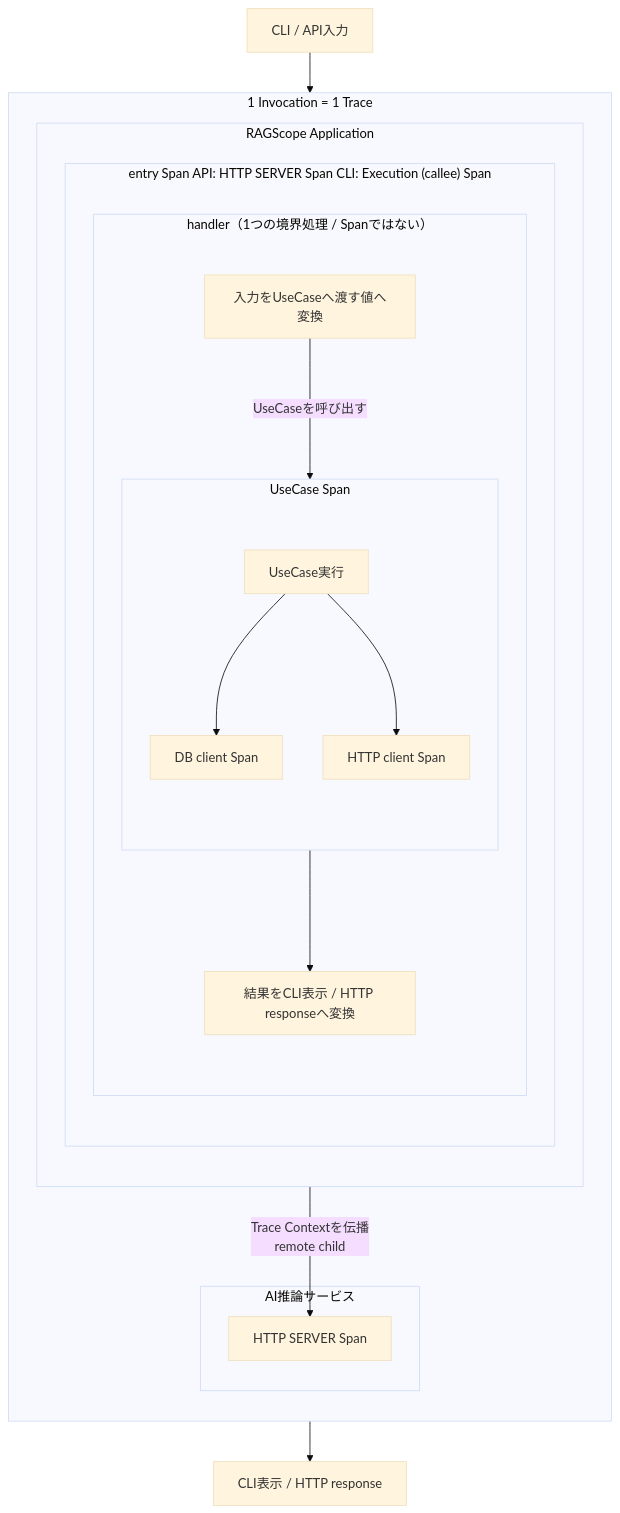
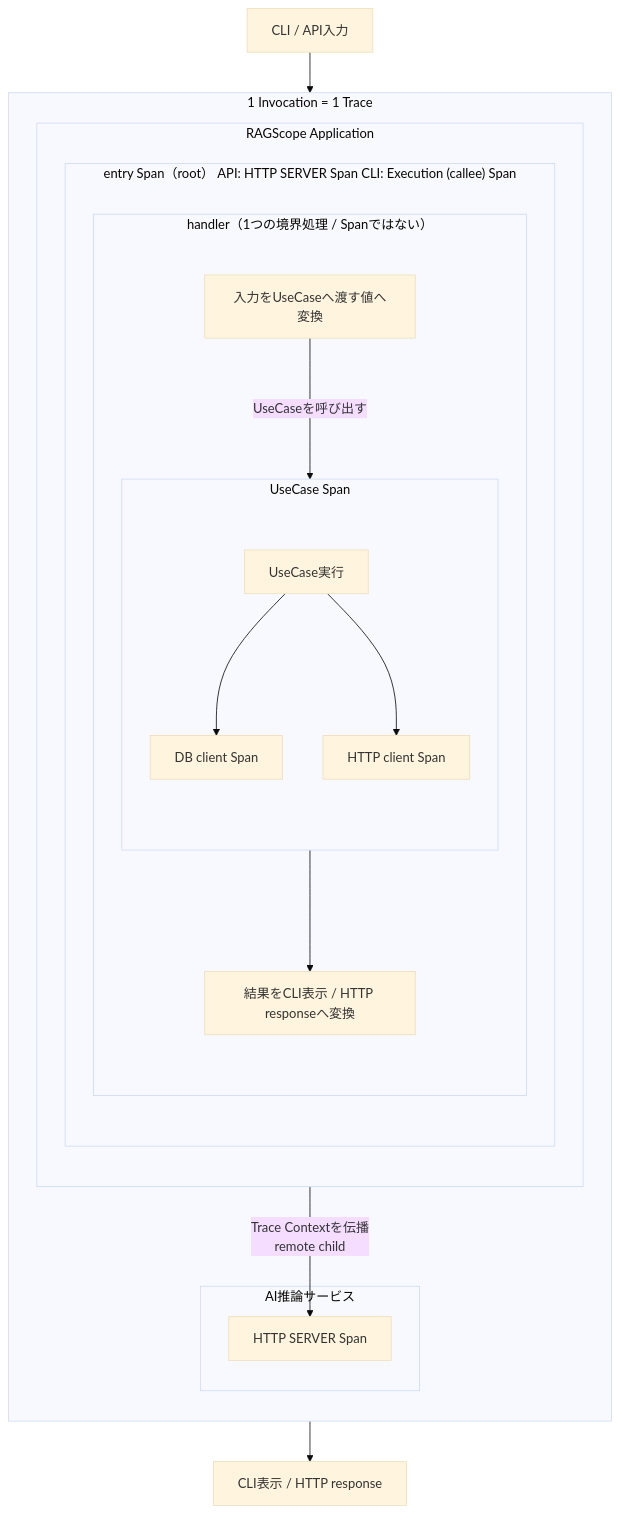
The diagram in Notes/RAGScope/RAGScopeアプリケーション/RS-0023 Trace設計メモ.md (takashit16833/Workbench), drawn with Mermaid (base theme) before and after one commit. The commit also changed other lines of this file, not shown here.

Commit message:
notes: define trace root at invocation boundary

````diff
--- a/Notes/RAGScope/RAGScopeアプリケーション/RS-0023 Trace設計メモ.md
+++ b/Notes/RAGScope/RAGScopeアプリケーション/RS-0023 Trace設計メモ.md
@@ -75,40 +79,40 @@
 ```mermaid
 flowchart TB
     INPUT["CLI / API入力"]
 
     subgraph TRACE["1 Invocation = 1 Trace"]
         direction TB
 
         subgraph APP["RAGScope Application"]
             direction TB
 
-            subgraph ENTRY["entry Span API: HTTP SERVER Span CLI: Execution (callee) Span"]
+            subgraph ENTRY["entry Span（root） API: HTTP SERVER Span CLI: Execution (callee) Span"]
                 direction TB
 
                 subgraph HANDLER["handler（1つの境界処理 / Spanではない）"]
                     direction TB
                     HIN["入力をUseCaseへ渡す値へ変換"]
 
                     subgraph UCSPAN["UseCase Span"]
                         direction TB
                         UC["UseCase実行"]
                         UC --> DB["DB client Span"]
                         UC --> AI_REQ["HTTP client Span"]
                     end
 
                     HIN -->|"UseCaseを呼び出す"| UC
                     UC --> HOUT["結果をCLI表示 / HTTP responseへ変換"]
                 end
             end
         end
 
         subgraph AISVC["AI推論サービス"]
             AI_SERVER["HTTP SERVER Span"]
         end
 
         AI_REQ -->|"Trace Contextを伝播<br>remote child"| AI_SERVER
     end
 
     INPUT --> HIN
     HOUT --> OUTPUT["CLI表示 / HTTP response"]
 ```
````
